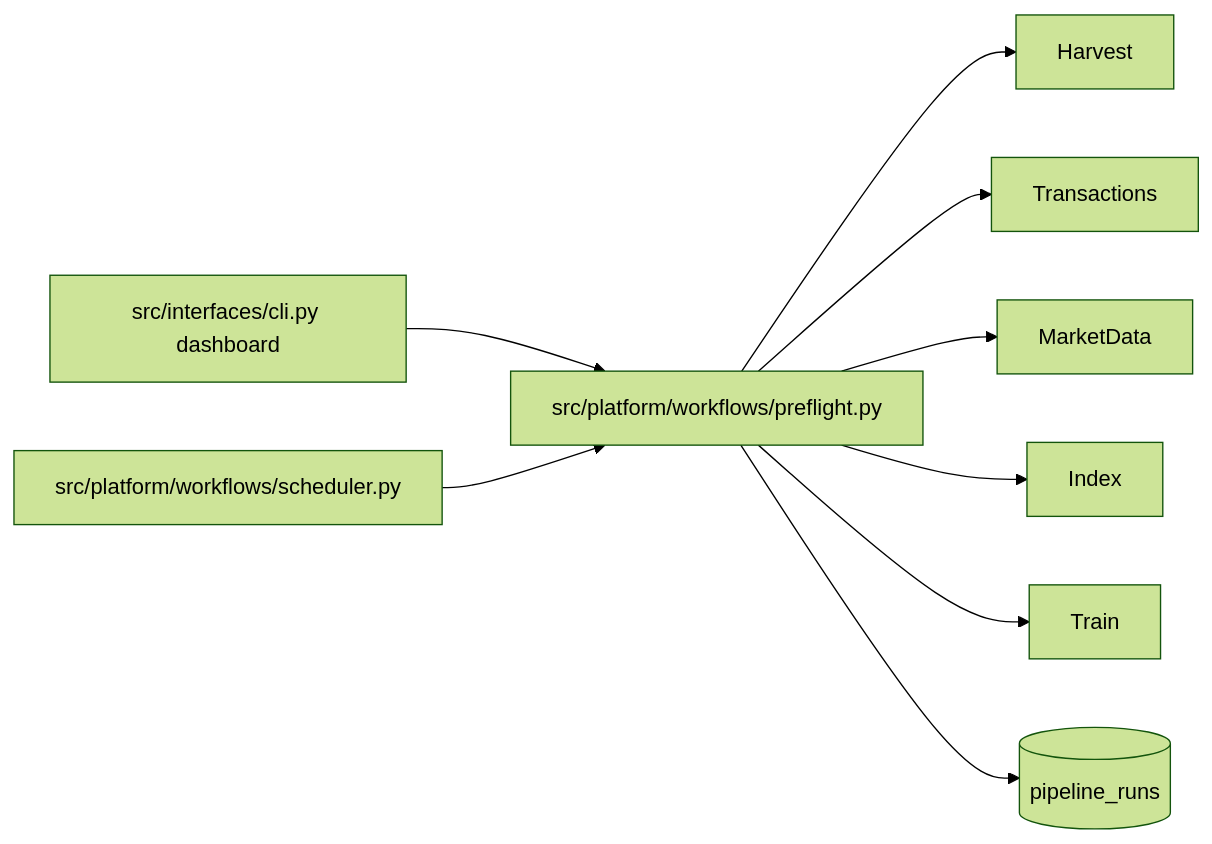
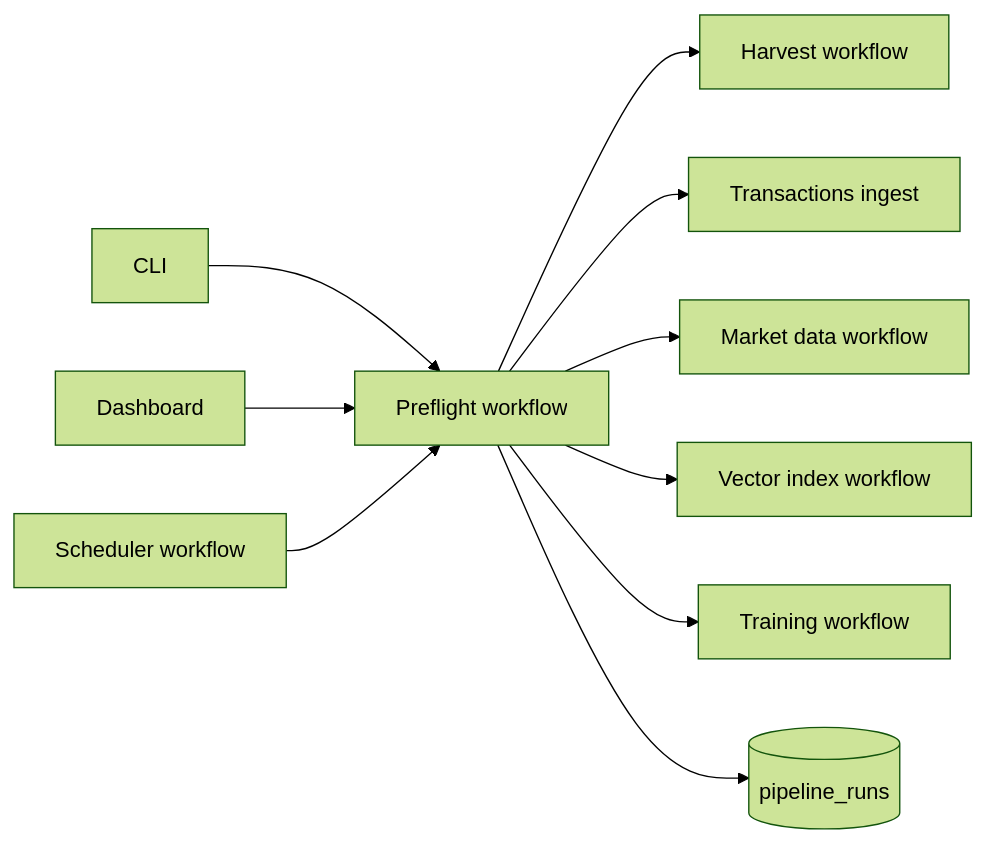
One commit to Nirtzur0/PropertyScanner changed the first of 4 diagrams in docs/02_data_pipeline.md. Above: the diagram before and after it, drawn with Mermaid (forest theme). The commit also changed other lines of this file and 68 other files, not shown here.

First line of the commit message:
Refactor dashboard UI with Magic Map and cleanup data/docs

````diff
--- a/docs/02_data_pipeline.md
+++ b/docs/02_data_pipeline.md
@@ -9,11 +9,12 @@
 ```mermaid
 flowchart LR
-    UI["src/interfaces/cli.py dashboard"] --> Preflight["src/platform/workflows/preflight.py"]
-    Scheduler["src/platform/workflows/scheduler.py"] --> Preflight
-    Preflight --> Harvest
-    Preflight --> Transactions
-    Preflight --> MarketData
-    Preflight --> Index
-    Preflight --> Train
+    CLI["CLI"] --> Preflight["Preflight workflow"]
+    Dash["Dashboard"] --> Preflight
+    Scheduler["Scheduler workflow"] --> Preflight
+    Preflight --> Harvest["Harvest workflow"]
+    Preflight --> Transactions["Transactions ingest"]
+    Preflight --> MarketData["Market data workflow"]
+    Preflight --> Index["Vector index workflow"]
+    Preflight --> Train["Training workflow"]
     Preflight --> Runs[("pipeline_runs")]
 ```
````
